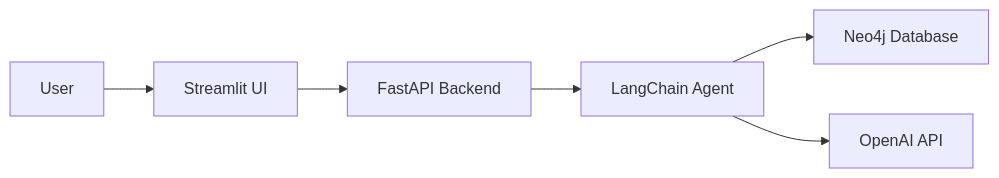
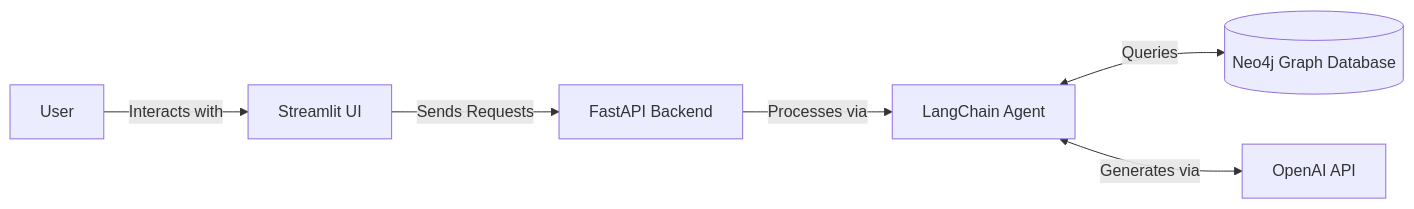
The diagram in README.md (heikalazzouna-svg/tunisia-health-rag), drawn with Mermaid before and after one commit. The commit also changed other lines of this file, not shown here.

````diff
--- a/README.md
+++ b/README.md
@@ -38,8 +59,8 @@
 ```mermaid
 graph LR
-    A[User] --> B[Streamlit UI]
-    B --> C[FastAPI Backend]
-    C --> D[LangChain Agent]
-    D --> E[Neo4j Database]
-    D --> F[OpenAI API]
+    A[User] -->|Interacts with| B[Streamlit UI]
+    B -->|Sends Requests| C[FastAPI Backend]
+    C -->|Processes via| D[LangChain Agent]
+    D <-->|Queries| E[(Neo4j Graph Database)]
+    D <-->|Generates via| F[OpenAI API]
 ```
````
